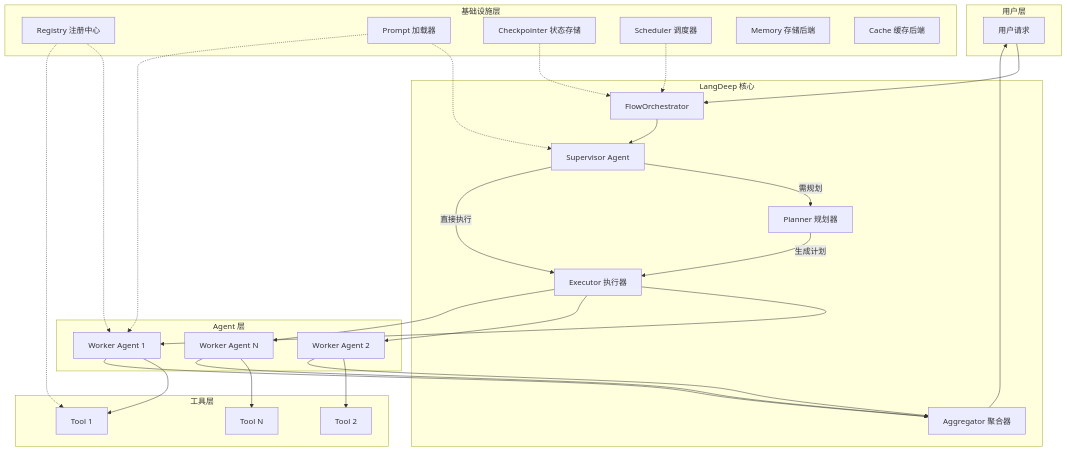
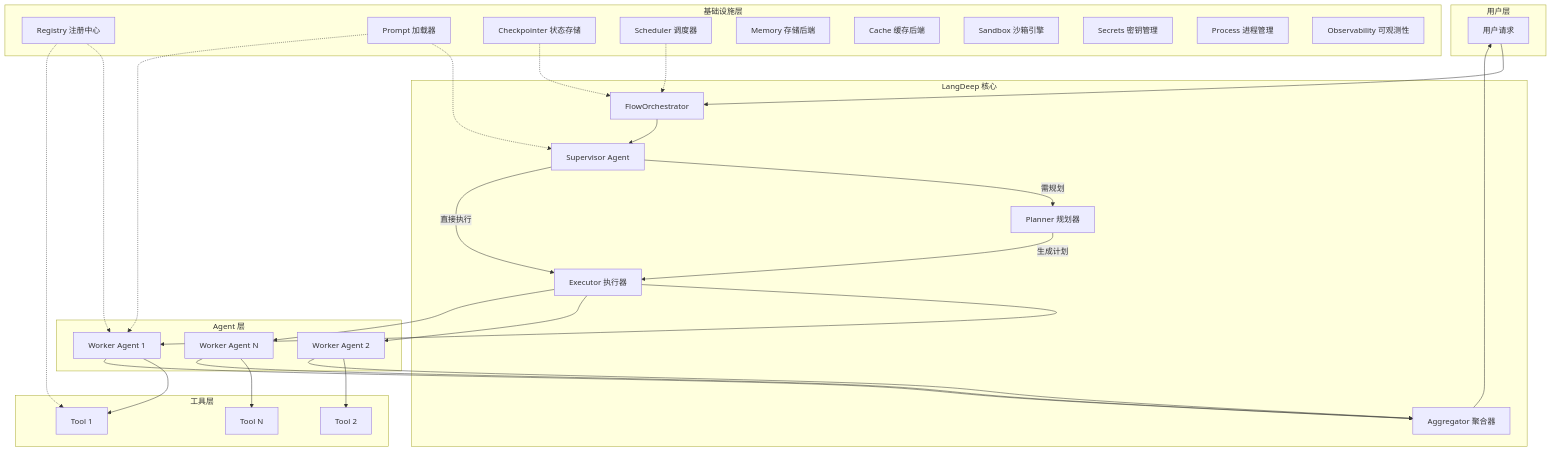
The diagram in README.md (ZChunzi/LangDeep), drawn with Mermaid before and after one commit. The commit also changed other lines of this file and 56 other files, not shown here.

````diff
--- a/README.md
+++ b/README.md
@@ -200,56 +204,60 @@
 ```mermaid
 graph TB
     subgraph UserLayer["用户层"]
         User[用户请求]
     end
 
     subgraph LangDeepCore["LangDeep 核心"]
         Orchestrator[FlowOrchestrator]
         Supervisor[Supervisor Agent]
         Planner[Planner 规划器]
         Executor[Executor 执行器]
         Aggregator[Aggregator 聚合器]
     end
 
     subgraph AgentLayer["Agent 层"]
         Agent1[Worker Agent 1]
         Agent2[Worker Agent 2]
         AgentN[Worker Agent N]
     end
 
     subgraph ToolLayer["工具层"]
         Tool1[Tool 1]
         Tool2[Tool 2]
         ToolN[Tool N]
     end
 
     subgraph InfraLayer["基础设施层"]
         Registry[Registry 注册中心]
         PromptLoader[Prompt 加载器]
         Checkpointer[Checkpointer 状态存储]
         Scheduler[Scheduler 调度器]
         MemoryBackend[Memory 存储后端]
         CacheBackend[Cache 缓存后端]
+        SandboxEngine[Sandbox 沙箱引擎]
+        SecretsManager[Secrets 密钥管理]
+        ProcessManager[Process 进程管理]
+        Observability[Observability 可观测性]
     end
 
     User --> Orchestrator
     Orchestrator --> Supervisor
     Supervisor -->|需规划| Planner
     Supervisor -->|直接执行| Executor
     Planner -->|生成计划| Executor
     Executor --> Agent1
     Executor --> Agent2
     Executor --> AgentN
     Agent1 --> Tool1
     Agent2 --> Tool2
     AgentN --> ToolN
     Agent1 & Agent2 & AgentN --> Aggregator
     Aggregator --> User
 
     Registry -.-> Agent1
     Registry -.-> Tool1
     PromptLoader -.-> Supervisor
     PromptLoader -.-> Agent1
     Checkpointer -.-> Orchestrator
     Scheduler -.-> Orchestrator
 ```
````
